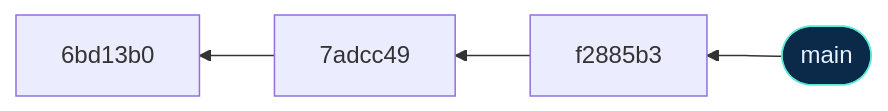
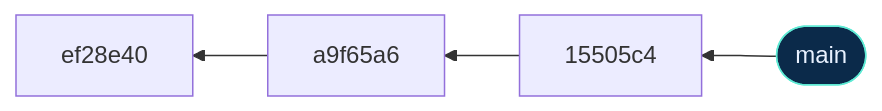
The fourth of 9 diagrams in lectures/content/slides/05_Version_Control.md (MindaugasSarpis/CERN_lessons_on_data_analysis), drawn with Mermaid before and after one commit. The commit also changed other lines of this file and 34 other files, not shown here.

````diff
--- a/lectures/content/slides/05_Version_Control.md
+++ b/lectures/content/slides/05_Version_Control.md
@@ -705,5 +710,5 @@
 ```mermaid {scale: 0.6}
 flowchart RL
-    M(["main"]):::input --> C5["f2885b3"] --> C4["7adcc49"] --> C3["6bd13b0"]
+    M(["main"]):::input --> C5["15505c4"] --> C4["a9f65a6"] --> C3["ef28e40"]
     classDef input fill:#0b2a4a,stroke:#5eead4,color:#e8f1ff
 ```
````
